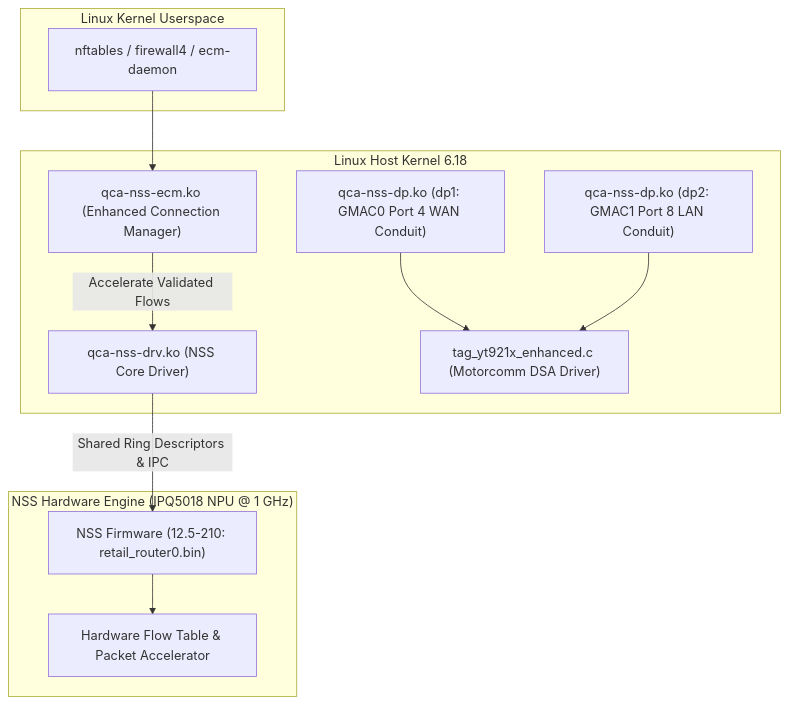
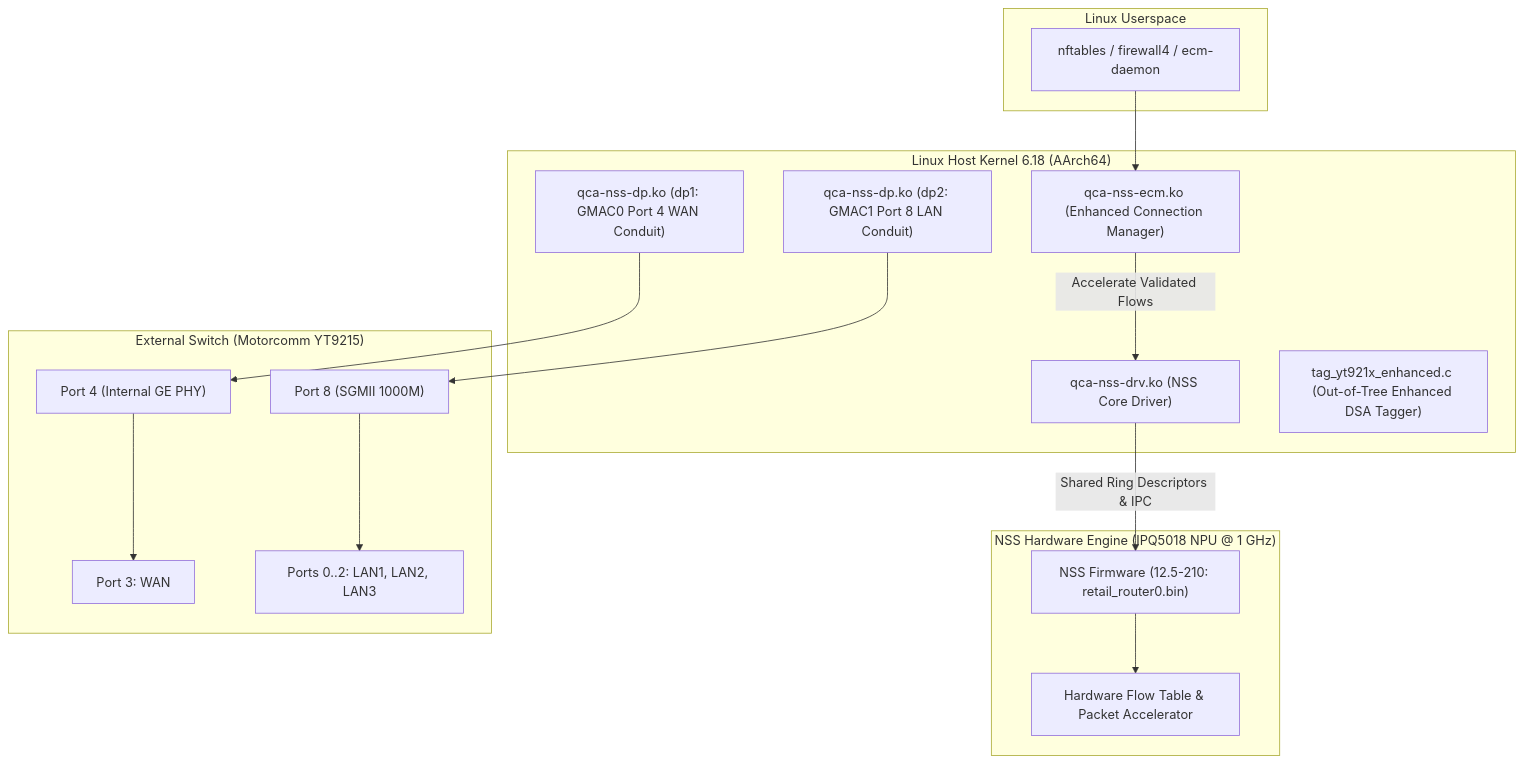
The diagram in docs/NSS_INTEGRATION_DESIGN.md (KiritoMainBro88/CR8808-CUSTOM-FIRMWARE), drawn with Mermaid before and after one commit. The commit also changed other lines of this file and 8 other files, not shown here.

````diff
--- a/docs/NSS_INTEGRATION_DESIGN.md
+++ b/docs/NSS_INTEGRATION_DESIGN.md
@@ -56,26 +42,33 @@
 ```mermaid
 graph TD
-    subgraph "Linux Kernel Userspace"
+    subgraph "Linux Userspace"
         IPT["nftables / firewall4 / ecm-daemon"]
     end
 
-    subgraph "Linux Host Kernel 6.18"
+    subgraph "Linux Host Kernel 6.18 (AArch64)"
         ECM["qca-nss-ecm.ko (Enhanced Connection Manager)"]
         DRV["qca-nss-drv.ko (NSS Core Driver)"]
         DP1["qca-nss-dp.ko (dp1: GMAC0 Port 4 WAN Conduit)"]
         DP2["qca-nss-dp.ko (dp2: GMAC1 Port 8 LAN Conduit)"]
-        DSA["tag_yt921x_enhanced.c (Motorcomm DSA Driver)"]
+        TAG["tag_yt921x_enhanced.c (Out-of-Tree Enhanced DSA Tagger)"]
     end
 
     subgraph "NSS Hardware Engine (IPQ5018 NPU @ 1 GHz)"
         FW["NSS Firmware (12.5-210: retail_router0.bin)"]
         FLOW["Hardware Flow Table & Packet Accelerator"]
     end
 
+    subgraph "External Switch (Motorcomm YT9215)"
+        P4["Port 4 (Internal GE PHY)"]
+        P8["Port 8 (SGMII 1000M)"]
+        WAN_PORT["Port 3: WAN"]
+        LAN_PORTS["Ports 0..2: LAN1, LAN2, LAN3"]
+    end
+
     IPT --> ECM
     ECM -- "Accelerate Validated Flows" --> DRV
     DRV -- "Shared Ring Descriptors & IPC" --> FW
     FW --> FLOW
-    DP1 --> DSA
-    DP2 --> DSA
+    DP1 --> P4 --> WAN_PORT
+    DP2 --> P8 --> LAN_PORTS
 ```
````
